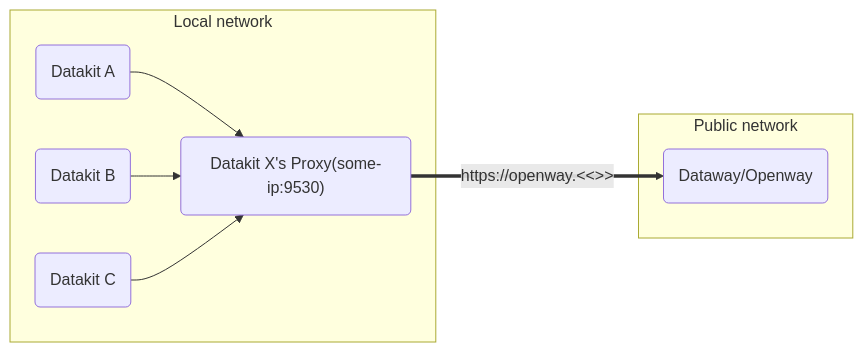
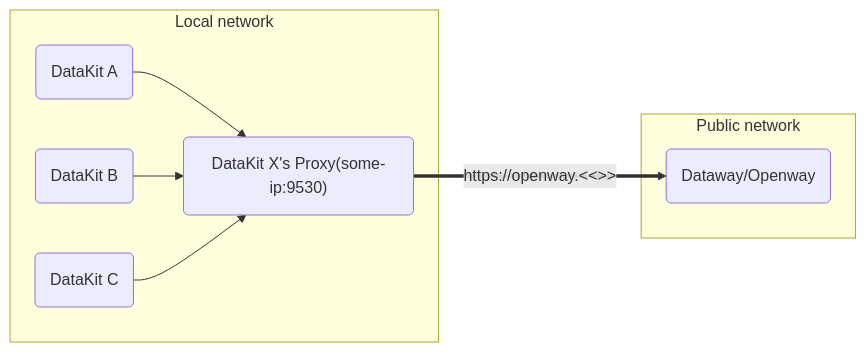
The diagram in internal/export/doc/en/inputs/proxy.md (GuanceCloud/datakit), drawn with Mermaid before and after one commit. The commit also changed other lines of this file and 325 other files, not shown here.

````diff
--- a/internal/export/doc/en/inputs/proxy.md
+++ b/internal/export/doc/en/inputs/proxy.md
@@ -53,18 +53,18 @@
 ``` mermaid
 flowchart LR;
-dk_A(Datakit A);
-dk_B(Datakit B);
-dk_C(Datakit C);
-dk_X_proxy("Datakit X's Proxy(some-ip:9530)");
+dk_A(DataKit A);
+dk_B(DataKit B);
+dk_C(DataKit C);
+dk_X_proxy("DataKit X's Proxy(some-ip:9530)");
 dw(Dataway/Openway);
 
 subgraph "Local network"
 dk_A --> dk_X_proxy;
 dk_B --> dk_X_proxy;
 dk_C --> dk_X_proxy;
 end
 
 subgraph "Public network"
 dk_X_proxy ==> |https://openway.<<<custom_key.brand_main_domain>>>|dw;
 end
 ```
````
